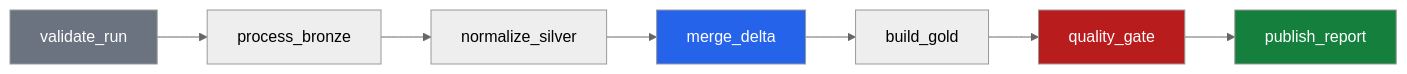
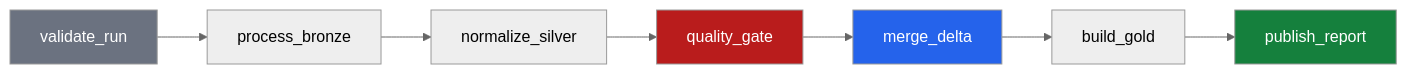
One commit to blkpvnthr/scientific-event-lakehouse changed diagram 16 of 24 in README.md. Above: the diagram before and after it, drawn with Mermaid (neutral theme). The commit also changed other lines of this file and 3 other files, not shown here.

First line of the commit message:
docs: finalize v1.0 lakehouse architecture, Mermaid diagrams, and technical documentation

````diff
--- a/README.md
+++ b/README.md
@@ -1101,10 +1222,10 @@
 ```mermaid
 flowchart LR
     V[validate_run] --> B[process_bronze] --> S[normalize_silver]
-    S --> D[merge_delta] --> G[build_gold] --> Q[quality_gate] --> R[publish_report]
+    S --> Q[quality_gate] --> D[merge_delta] --> G[build_gold] --> R[publish_report]
 
     style V fill:#6B7280,color:#fff
     style D fill:#2563EB,color:#fff
     style Q fill:#B91C1C,color:#fff
     style R fill:#15803D,color:#fff
 ```
````
